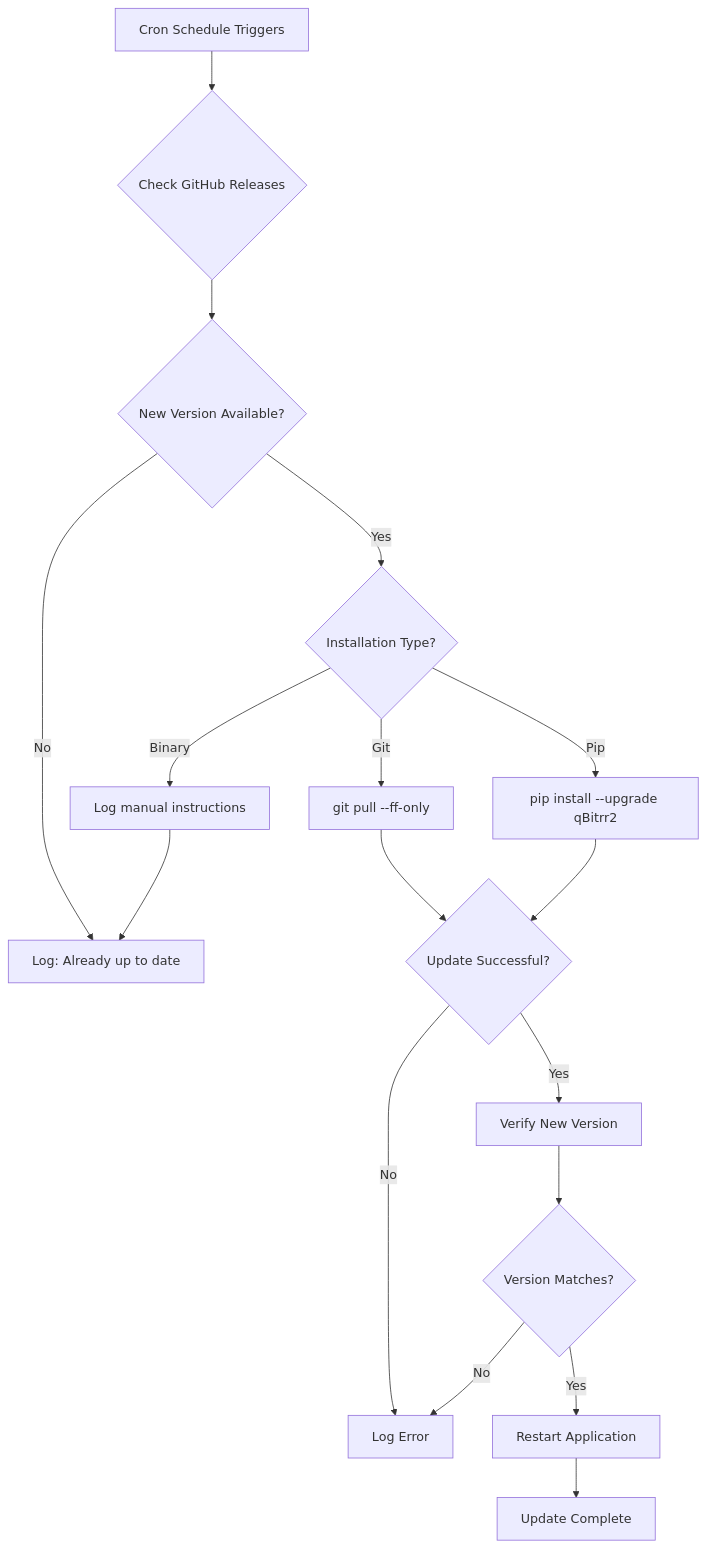
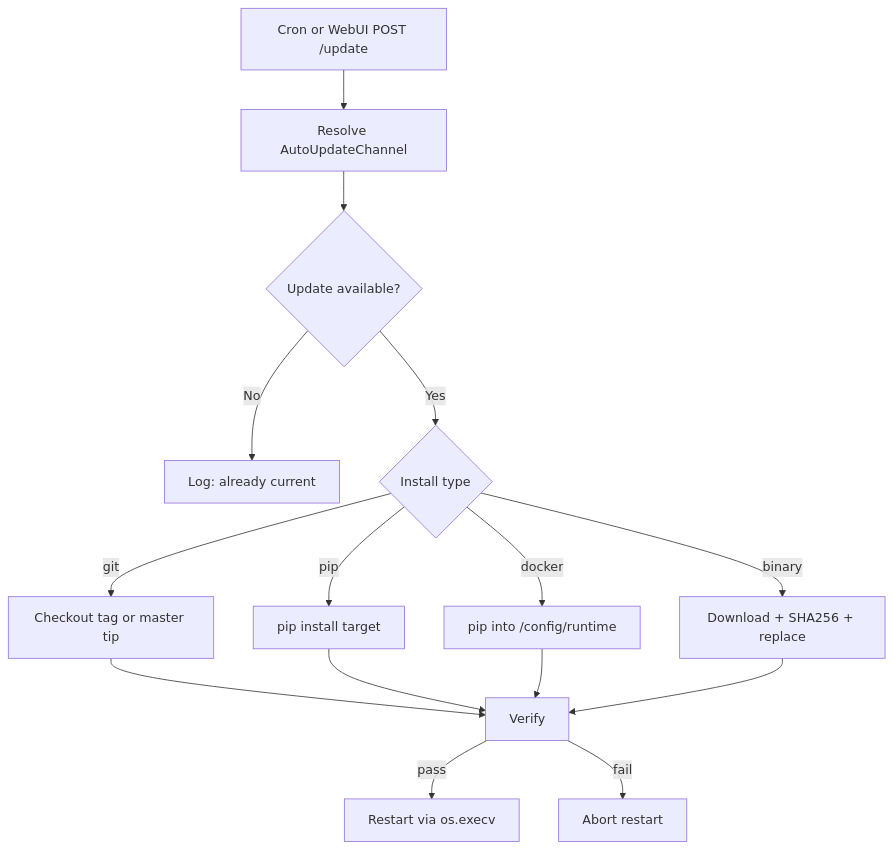
The diagram in docs/features/auto-updates.md (Feramance/qBitrr), drawn with Mermaid before and after one commit. The commit also changed other lines of this file and 32 other files, not shown here.

````diff
--- a/docs/features/auto-updates.md
+++ b/docs/features/auto-updates.md
@@ -250,19 +202,17 @@
 ```mermaid
 graph TD
-    A[Cron Schedule Triggers] --> B{Check GitHub Releases}
-    B --> C{New Version Available?}
-    C -->|No| D[Log: Already up to date]
-    C -->|Yes| E{Installation Type?}
-    E -->|Git| F[git pull --ff-only]
-    E -->|Pip| G[pip install --upgrade qBitrr2]
-    E -->|Binary| H[Log manual instructions]
-    F --> I{Update Successful?}
-    G --> I
-    H --> D
-    I -->|Yes| J[Verify New Version]
-    I -->|No| K[Log Error]
-    J --> L{Version Matches?}
-    L -->|Yes| M[Restart Application]
-    L -->|No| K
-    M --> N[Update Complete]
+    A[Cron or WebUI POST /update] --> B[Resolve AutoUpdateChannel]
+    B --> C{Update available?}
+    C -->|No| D[Log: already current]
+    C -->|Yes| E{Install type}
+    E -->|git| F[Checkout tag or master tip]
+    E -->|pip| G[pip install target]
+    E -->|docker| H[pip into /config/runtime]
+    E -->|binary| I[Download + SHA256 + replace]
+    F --> J[Verify]
+    G --> J
+    H --> J
+    I --> J
+    J -->|pass| K[Restart via os.execv]
+    J -->|fail| L[Abort restart]
 ```
````
